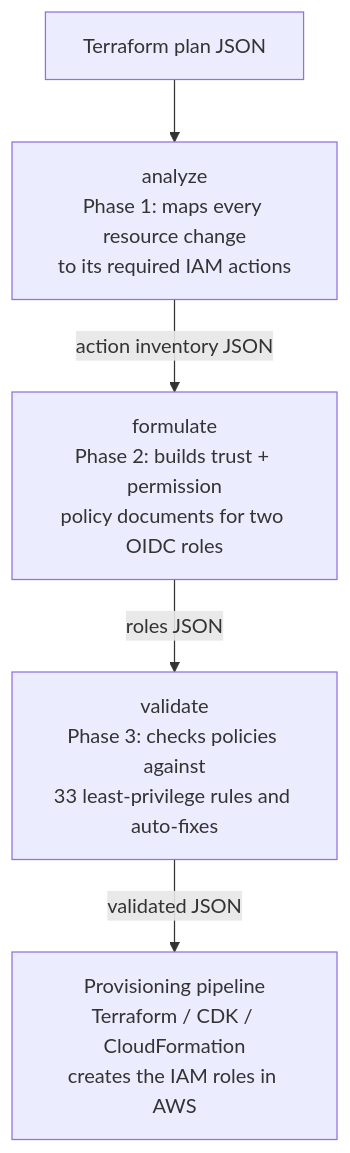
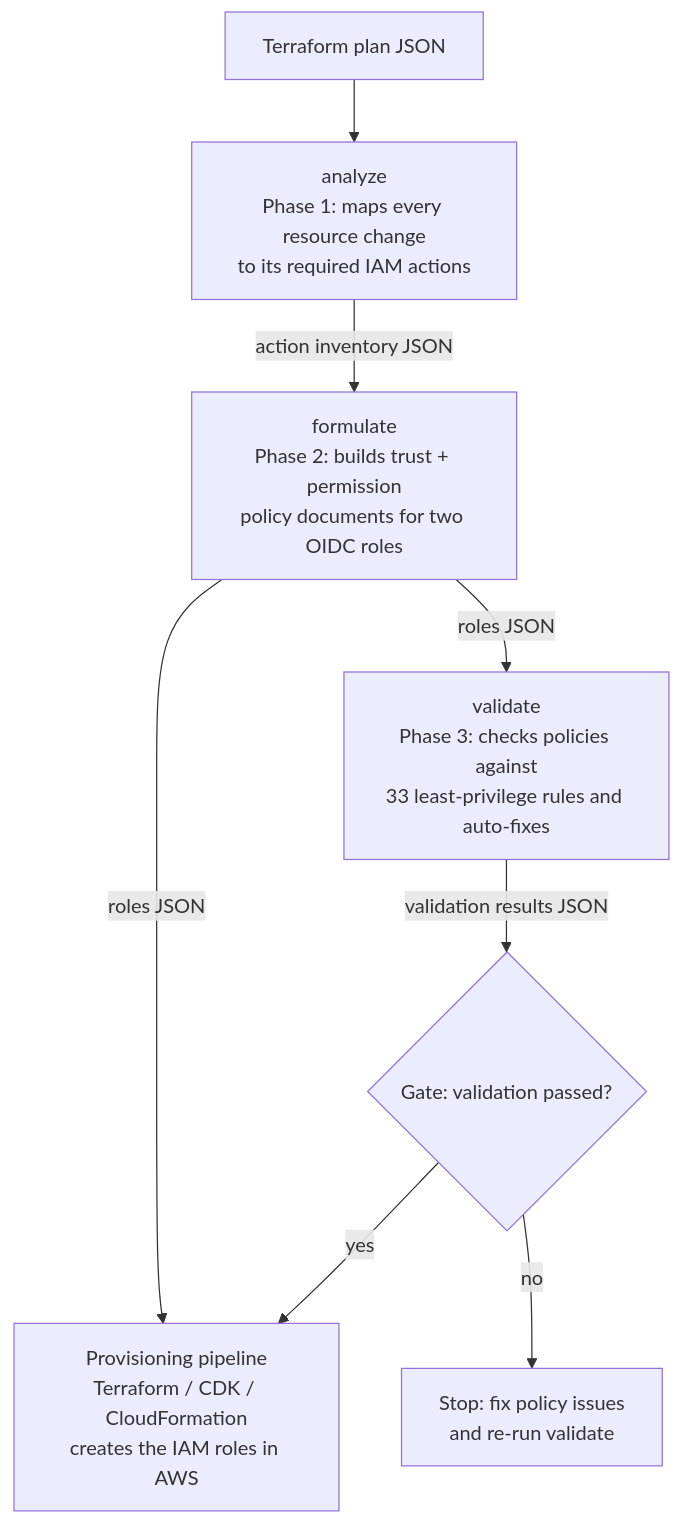
The diagram in docs/README.md (zpratt/lousy-iam), drawn with Mermaid before and after one commit. The commit also changed 1 other file, not shown here.

Commit message:
docs: fix workflow diagram flow, clarify auto-fix is in-memory only, scope LP-012 to standard partition

````diff
--- a/docs/README.md
+++ b/docs/README.md
@@ -34,7 +34,10 @@
 ```mermaid
 flowchart TD
     A[Terraform plan JSON] --> B[analyze\nPhase 1: maps every resource change\nto its required IAM actions]
     B -->|action inventory JSON| C[formulate\nPhase 2: builds trust + permission\npolicy documents for two OIDC roles]
     C -->|roles JSON| D[validate\nPhase 3: checks policies against\n33 least-privilege rules and auto-fixes]
-    D -->|validated JSON| E[Provisioning pipeline\nTerraform / CDK / CloudFormation\ncreates the IAM roles in AWS]
+    C -->|roles JSON| E[Provisioning pipeline\nTerraform / CDK / CloudFormation\ncreates the IAM roles in AWS]
+    D -->|validation results JSON| F{Gate: validation passed?}
+    F -->|yes| E
+    F -->|no| G[Stop: fix policy issues\nand re-run validate]
 ```
````
